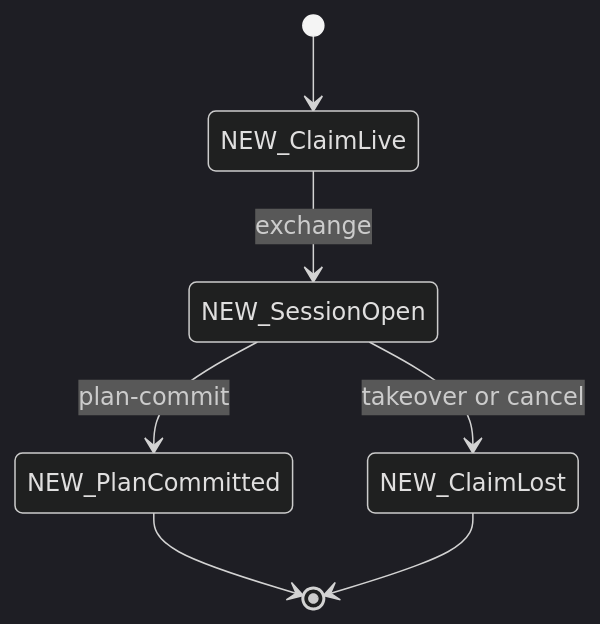
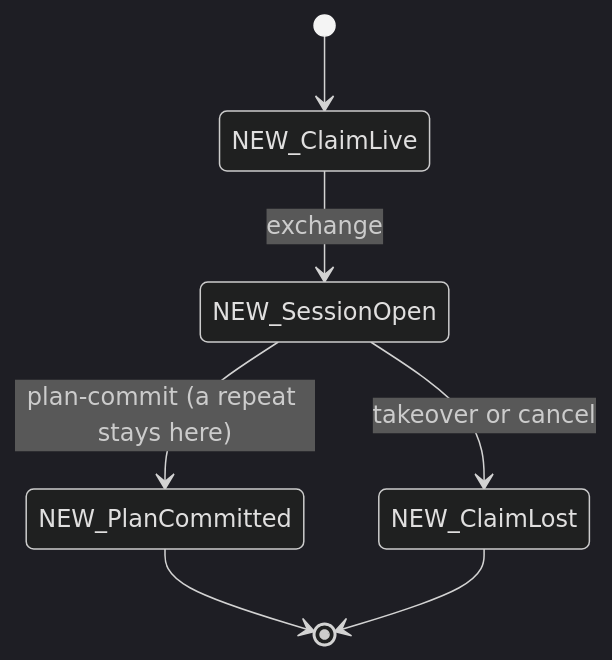
The fourth of 5 diagrams in openspec/changes/add-job-session-paths-runner-2/design.md (OpenDustpan/OpenDustpan), drawn with Mermaid (dark theme) before and after one commit. The commit also changed other lines of this file and 3 other files, not shown here.

````diff
--- a/openspec/changes/add-job-session-paths-runner-2/design.md
+++ b/openspec/changes/add-job-session-paths-runner-2/design.md
@@ -94,9 +96,9 @@
 ```mermaid
 stateDiagram-v2
  [*] --> NEW_ClaimLive
  NEW_ClaimLive --> NEW_SessionOpen: exchange
- NEW_SessionOpen --> NEW_PlanCommitted: plan-commit
+ NEW_SessionOpen --> NEW_PlanCommitted: plan-commit (a repeat stays here)
  NEW_SessionOpen --> NEW_ClaimLost: takeover or cancel
  NEW_PlanCommitted --> [*]
  NEW_ClaimLost --> [*]
 ```
````
